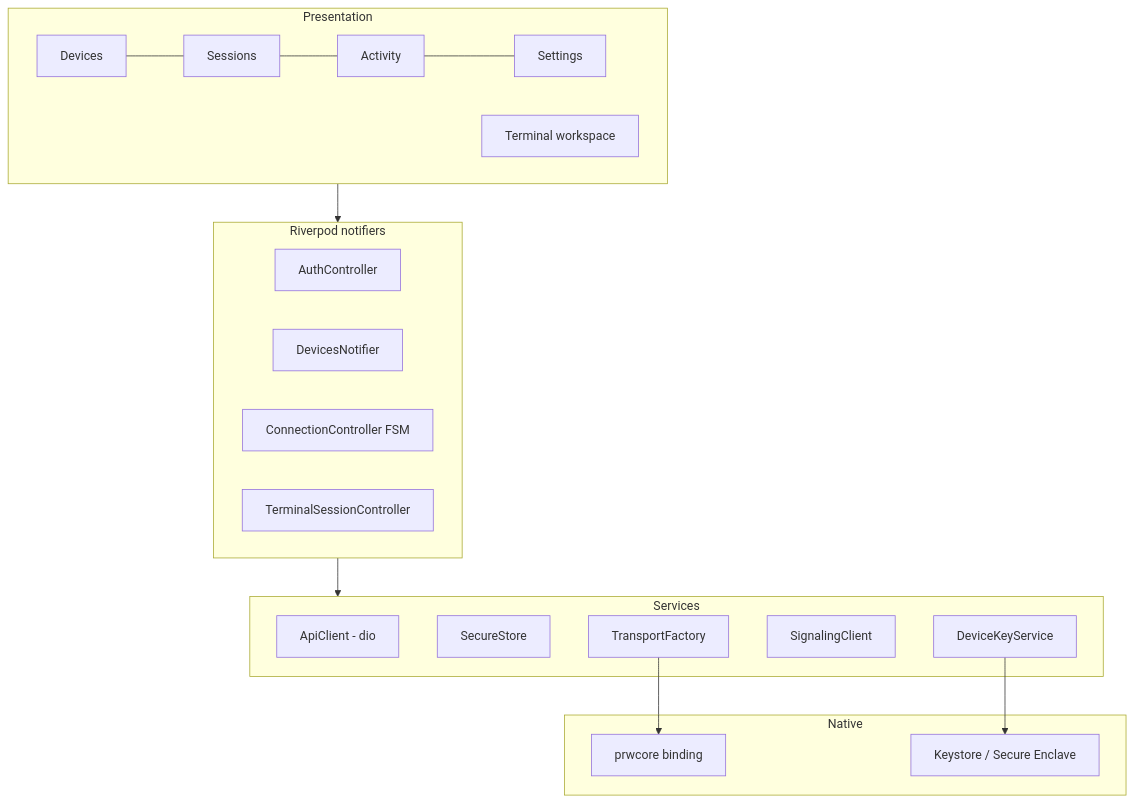
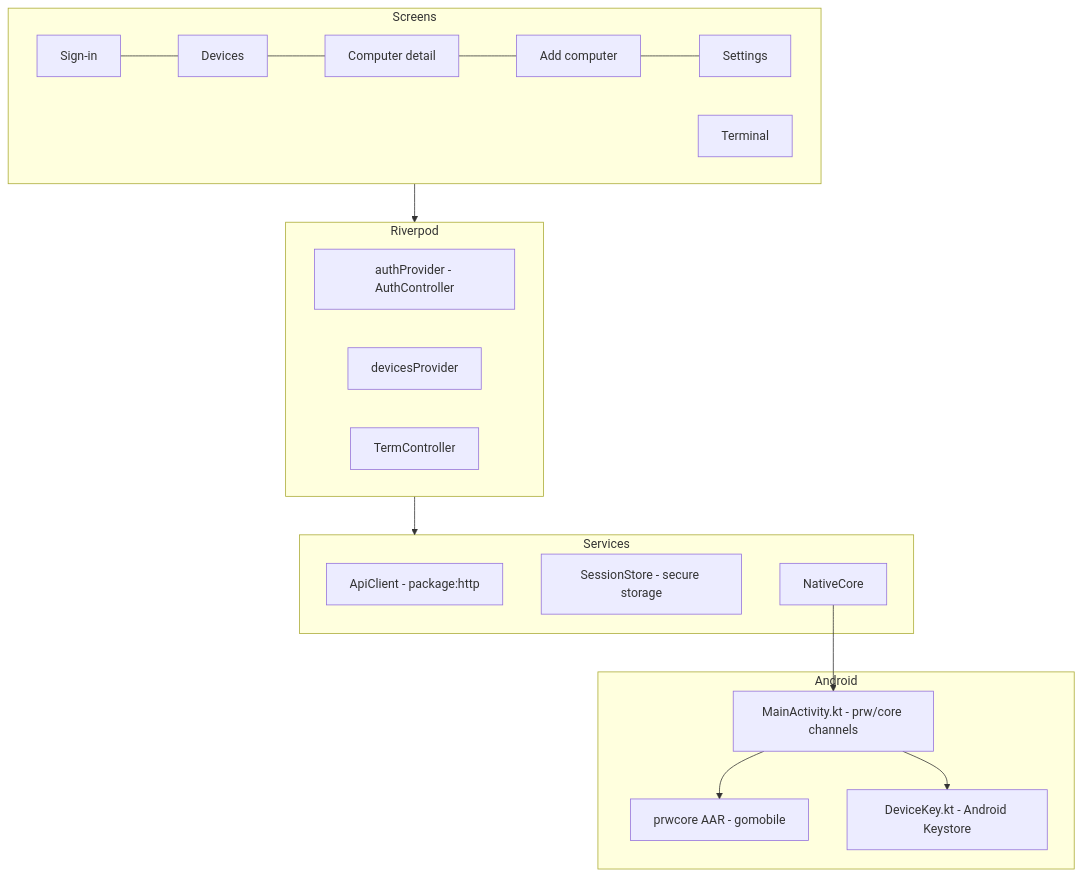
One commit to rohansen856/ConnRelay changed the first of 3 diagrams in docs/components/mobile-app.md. Above: the diagram before and after it, drawn with Mermaid. The commit also changed other lines of this file and 3 other files, not shown here.

````diff
--- a/docs/components/mobile-app.md
+++ b/docs/components/mobile-app.md
@@ -20,19 +20,19 @@
 ```mermaid
 flowchart TB
-  subgraph UI[Presentation]
-    D[Devices] --- S[Sessions] --- A[Activity] --- ST[Settings]
-    T[Terminal workspace]
+  subgraph UI[Screens]
+    SI[Sign-in] --- D[Devices] --- DD[Computer detail] --- P[Add computer] --- ST[Settings]
+    T[Terminal]
   end
-  subgraph State[Riverpod notifiers]
-    Auth[AuthController] ; Dev[DevicesNotifier] ; Conn[ConnectionController FSM] ; Term[TerminalSessionController]
+  subgraph State[Riverpod]
+    Auth[authProvider - AuthController] ; Dev[devicesProvider] ; Term[TermController]
   end
   subgraph Data[Services]
-    API[ApiClient - dio] ; Store[SecureStore] ; Key[DeviceKeyService] ; Sig[SignalingClient] ; TF[TransportFactory]
+    API[ApiClient - package:http] ; Store[SessionStore - secure storage] ; Native[NativeCore]
   end
-  subgraph Native
-    Core[prwcore binding] ; KS[Keystore / Secure Enclave]
+  subgraph Android
+    MA[MainActivity.kt - prw/core channels] ; Core[prwcore AAR - gomobile] ; KS[DeviceKey.kt - Android Keystore]
   end
   UI --> State --> Data
-  TF --> Core
-  Key --> KS
+  Native --> MA --> Core
+  MA --> KS
 ```
````
